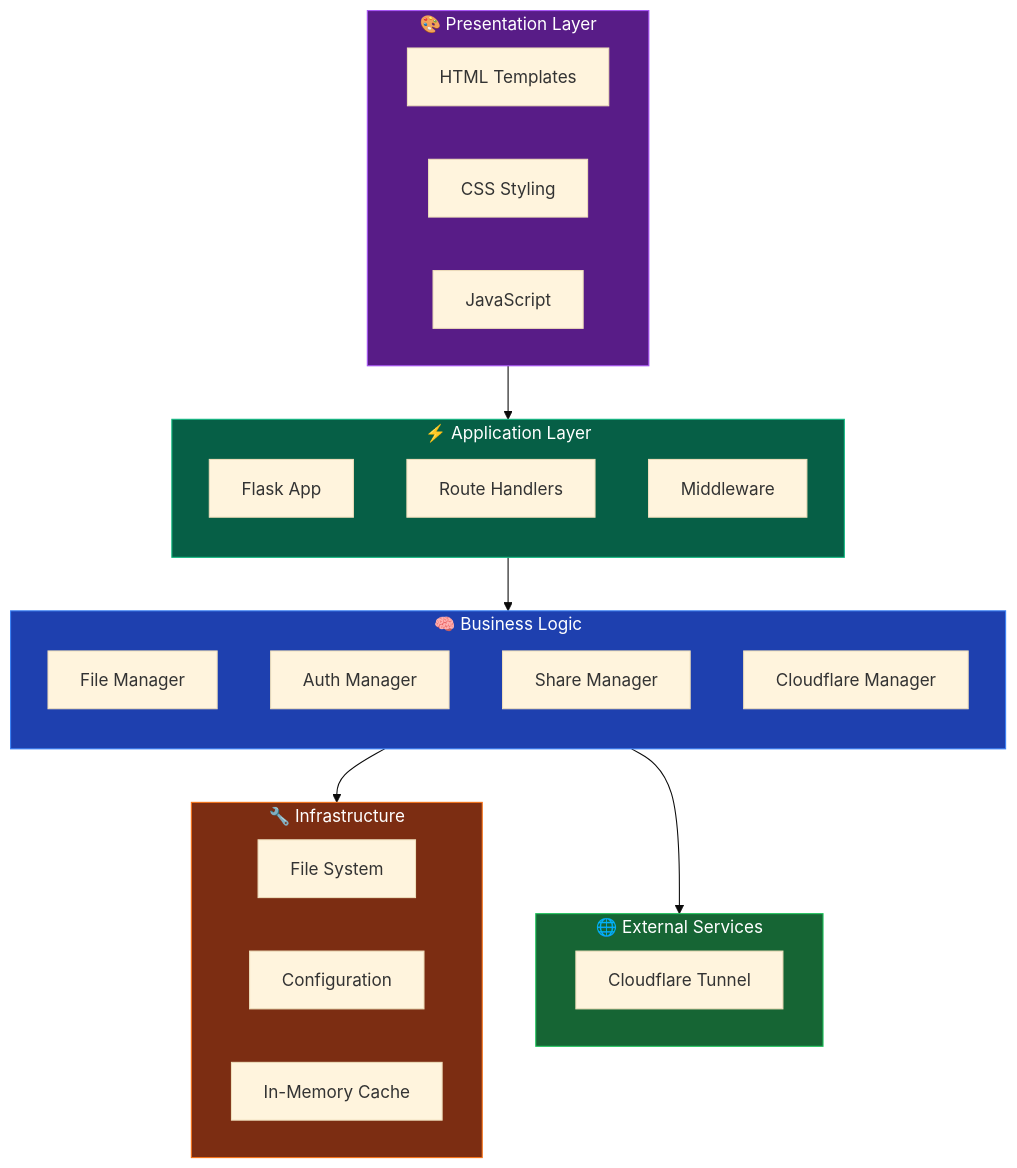
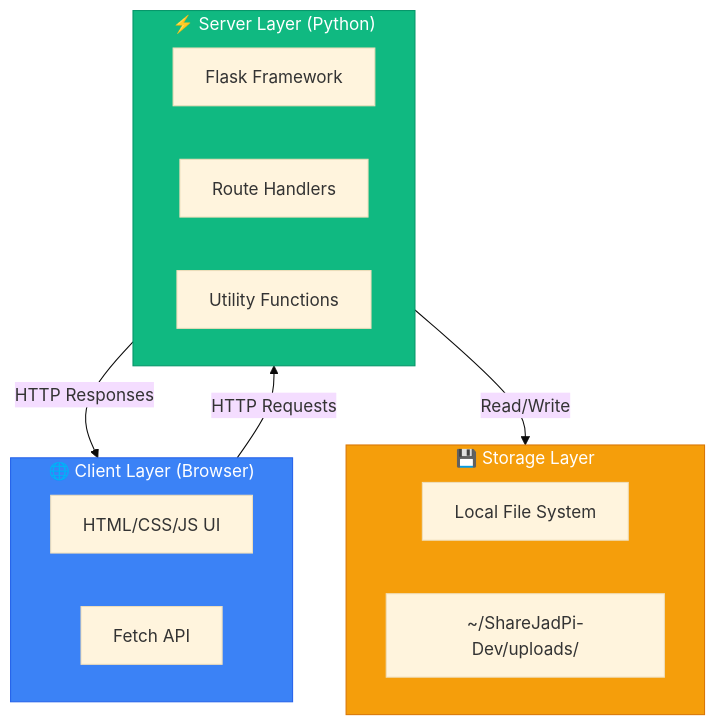
The first of 16 diagrams in SGP_phase1/docs/architecture.md (hetcharusat/sharejadpi), drawn with Mermaid (base theme) before and after one commit. The commit also changed other lines of this file and 1 other file, not shown here.

Commit message:
docs: comprehensive architecture with design patterns, workflows, and diagrams

````diff
--- a/SGP_phase1/docs/architecture.md
+++ b/SGP_phase1/docs/architecture.md
@@ -12,46 +18,26 @@
 ```mermaid
-flowchart TB
-    subgraph Presentation["🎨 Presentation Layer"]
-        direction LR
-        HTML["HTML Templates"]
-        CSS["CSS Styling"]
-        JS["JavaScript"]
+graph TB
+    subgraph Client["🌐 Client Layer (Browser)"]
+        HTML["HTML/CSS/JS UI"]
+        Fetch["Fetch API"]
     end
     
-    subgraph Application["⚡ Application Layer"]
-        direction TB
-        Flask["Flask App"]
+    subgraph Server["⚡ Server Layer (Python)"]
+        Flask["Flask Framework"]
         Routes["Route Handlers"]
-        Middleware["Middleware"]
+        Utils["Utility Functions"]
     end
     
-    subgraph Business["🧠 Business Logic"]
-        direction TB
-        FileManager["File Manager"]
-        AuthManager["Auth Manager"]
-        ShareManager["Share Manager"]
-        CloudflareManager["Cloudflare Manager"]
+    subgraph Storage["💾 Storage Layer"]
+        FileSystem["Local File System"]
+        UploadFolder["~/ShareJadPi-Dev/uploads/"]
     end
     
-    subgraph Infrastructure["🔧 Infrastructure"]
-        direction LR
-        FileSystem["File System"]
-        Config["Configuration"]
-        Cache["In-Memory Cache"]
-    end
+    Client -->|HTTP Requests| Server
+    Server -->|HTTP Responses| Client
+    Server -->|Read/Write| Storage
     
-    subgraph External["🌐 External Services"]
-        Cloudflare["Cloudflare Tunnel"]
-    end
-    
-    Presentation --> Application
-    Application --> Business
-    Business --> Infrastructure
-    Business --> External
-    
-    style Presentation fill:#581c87,stroke:#a855f7,color:#fff
-    style Application fill:#065f46,stroke:#10b981,color:#fff
-    style Business fill:#1e40af,stroke:#3b82f6,color:#fff
-    style Infrastructure fill:#7c2d12,stroke:#f97316,color:#fff
-    style External fill:#166534,stroke:#22c55e,color:#fff
+    style Client fill:#3b82f6,stroke:#2563eb,color:#fff
+    style Server fill:#10b981,stroke:#059669,color:#fff
+    style Storage fill:#f59e0b,stroke:#d97706,color:#fff
 ```
````
